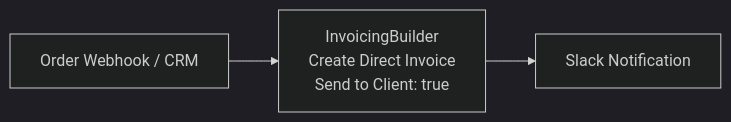
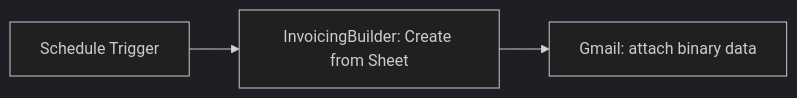
One commit to InvoicingBuilder/n8n-nodes-invoicingbuilder changed the second of 4 diagrams in README.md. Above: the diagram before and after it, drawn with Mermaid (dark theme). The commit also changed other lines of this file and 1 other file, not shown here.

````diff
--- a/README.md
+++ b/README.md
@@ -382,5 +312,5 @@
 ```mermaid
 graph LR
-    Webhook[Order Webhook / CRM] --> Invoice[InvoicingBuilder<br>Create Direct Invoice<br>Send to Client: true]
-    Invoice --> Slack[Slack Notification]
+    A[Schedule Trigger] --> B[InvoicingBuilder: Create from Sheet]
+    B --> C[Gmail: attach binary data]
 ```
````
